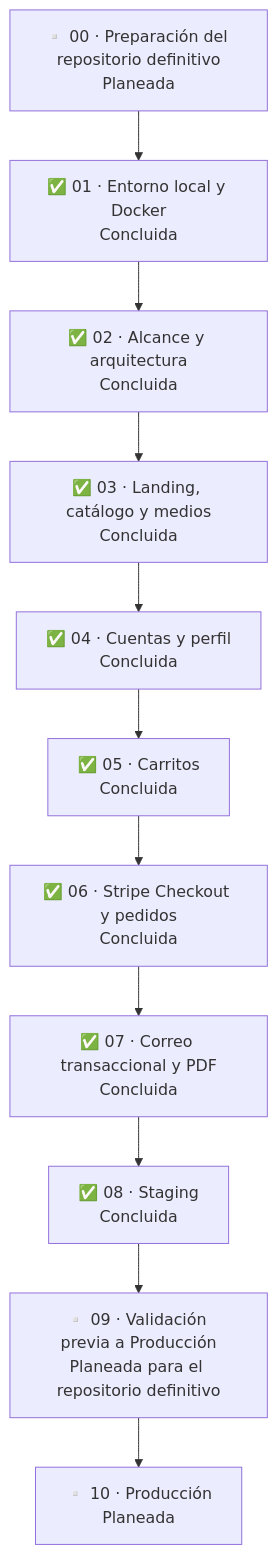
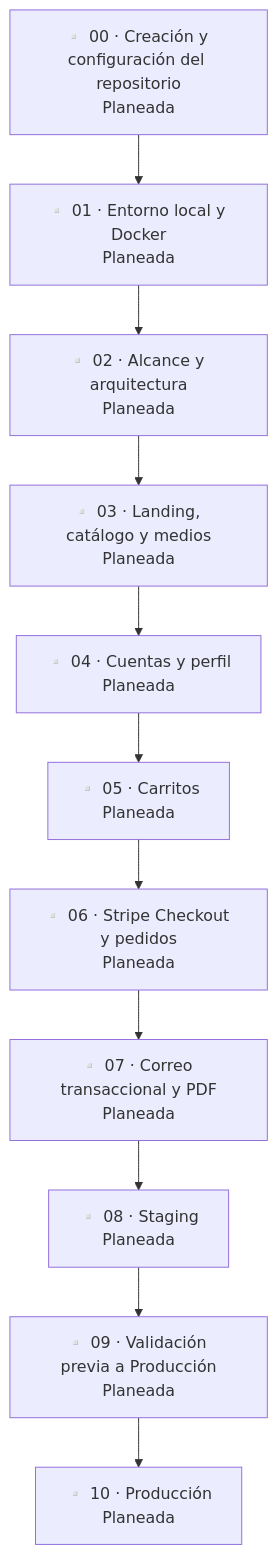
The diagram in docs/ROADMAP.md (sadamlg/sr_del_mictlan_mezcal), drawn with Mermaid before and after one commit. The commit also changed other lines of this file and 14 other files, not shown here.

````diff
--- a/docs/ROADMAP.md
+++ b/docs/ROADMAP.md
@@ -23,13 +23,13 @@
 ```mermaid
 flowchart TB
-    p00["▫️ 00 · Preparación del repositorio definitivo<br/>Planeada"] --> p01
-    p01["✅ 01 · Entorno local y Docker<br/>Concluida"] --> p02["✅ 02 · Alcance y arquitectura<br/>Concluida"]
-    p02 --> p03["✅ 03 · Landing, catálogo y medios<br/>Concluida"]
-    p03 --> p04["✅ 04 · Cuentas y perfil<br/>Concluida"]
-    p04 --> p05["✅ 05 · Carritos<br/>Concluida"]
-    p05 --> p06["✅ 06 · Stripe Checkout y pedidos<br/>Concluida"]
-    p06 --> p07["✅ 07 · Correo transaccional y PDF<br/>Concluida"]
-    p07 --> p08["✅ 08 · Staging<br/>Concluida"]
-    p08 --> p09["▫️ 09 · Validación previa a Producción<br/>Planeada para el repositorio definitivo"]
+    p00["▫️ 00 · Creación y configuración del repositorio<br/>Planeada"] --> p01
+    p01["▫️ 01 · Entorno local y Docker<br/>Planeada"] --> p02["▫️ 02 · Alcance y arquitectura<br/>Planeada"]
+    p02 --> p03["▫️ 03 · Landing, catálogo y medios<br/>Planeada"]
+    p03 --> p04["▫️ 04 · Cuentas y perfil<br/>Planeada"]
+    p04 --> p05["▫️ 05 · Carritos<br/>Planeada"]
+    p05 --> p06["▫️ 06 · Stripe Checkout y pedidos<br/>Planeada"]
+    p06 --> p07["▫️ 07 · Correo transaccional y PDF<br/>Planeada"]
+    p07 --> p08["▫️ 08 · Staging<br/>Planeada"]
+    p08 --> p09["▫️ 09 · Validación previa a Producción<br/>Planeada"]
     p09 --> p10["▫️ 10 · Producción<br/>Planeada"]
 ```
````
